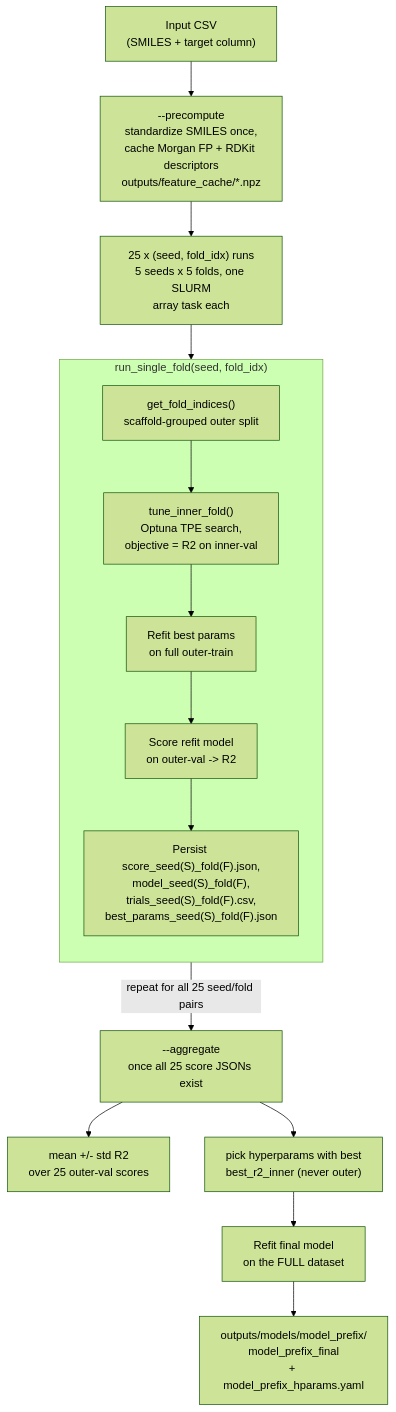
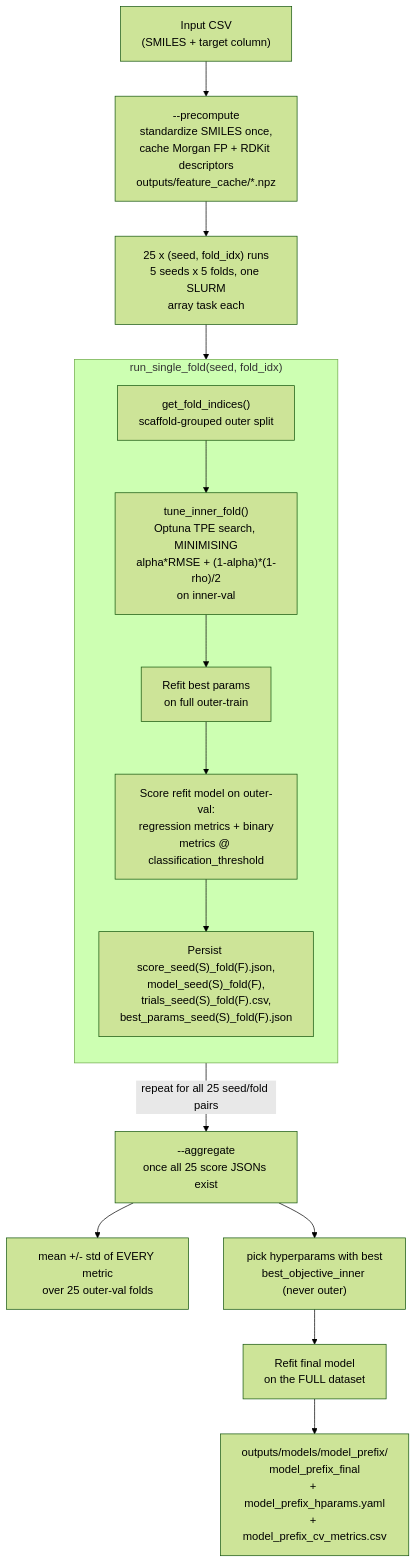
The first of 3 diagrams in CONTRIBUTING.md (ribesstefano/RetroTAC), drawn with Mermaid (forest theme) before and after one commit. The commit also changed other lines of this file and 12 other files, not shown here.

Commit message:
Updated Optuna objective and SLURM submit jobs

````diff
--- a/CONTRIBUTING.md
+++ b/CONTRIBUTING.md
@@ -111,20 +111,20 @@
 ```mermaid
 flowchart TD
     IN["Input CSV<br/>(SMILES + target column)"] --> PRE["--precompute<br/>standardize SMILES once,<br/>cache Morgan FP + RDKit descriptors<br/>outputs/feature_cache/*.npz"]
     PRE --> LOOP["25 x (seed, fold_idx) runs<br/>5 seeds x 5 folds, one SLURM<br/>array task each"]
 
     subgraph ONEFOLD["run_single_fold(seed, fold_idx)"]
         direction TB
-        S1["get_fold_indices()<br/>scaffold-grouped outer split"] --> S2["tune_inner_fold()<br/>Optuna TPE search,<br/>objective = R2 on inner-val"]
+        S1["get_fold_indices()<br/>scaffold-grouped outer split"] --> S2["tune_inner_fold()<br/>Optuna TPE search, MINIMISING<br/>alpha*RMSE + (1-alpha)*(1-rho)/2<br/>on inner-val"]
         S2 --> S3["Refit best params<br/>on full outer-train"]
-        S3 --> S4["Score refit model<br/>on outer-val -> R2"]
+        S3 --> S4["Score refit model on outer-val:<br/>regression metrics + binary<br/>metrics @ classification_threshold"]
         S4 --> S5["Persist score_seed(S)_fold(F).json,<br/>model_seed(S)_fold(F),<br/>trials_seed(S)_fold(F).csv,<br/>best_params_seed(S)_fold(F).json"]
     end
 
     LOOP --> ONEFOLD
     ONEFOLD -->|repeat for all 25 seed/fold pairs| AGG["--aggregate<br/>once all 25 score JSONs exist"]
-    AGG --> MEAN["mean +/- std R2<br/>over 25 outer-val scores"]
-    AGG --> PICK["pick hyperparams with best<br/>best_r2_inner (never outer)"]
+    AGG --> MEAN["mean +/- std of EVERY metric<br/>over 25 outer-val folds"]
+    AGG --> PICK["pick hyperparams with best<br/>best_objective_inner (never outer)"]
     PICK --> REFIT["Refit final model<br/>on the FULL dataset"]
-    REFIT --> OUT["outputs/models/model_prefix/<br/>model_prefix_final<br/>+ model_prefix_hparams.yaml"]
+    REFIT --> OUT["outputs/models/model_prefix/<br/>model_prefix_final<br/>+ model_prefix_hparams.yaml<br/>+ model_prefix_cv_metrics.csv"]
 ```
````
